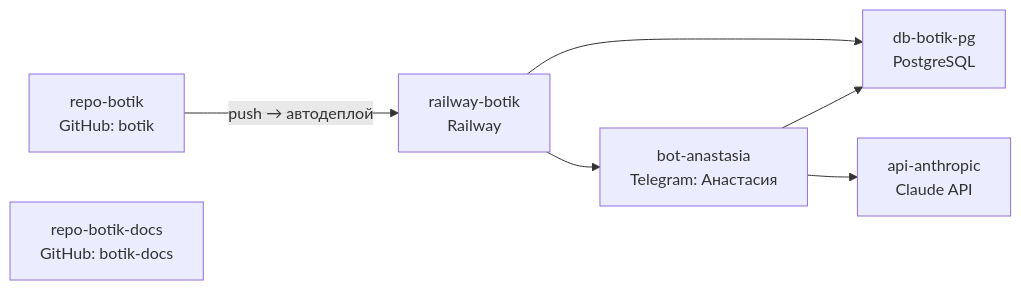
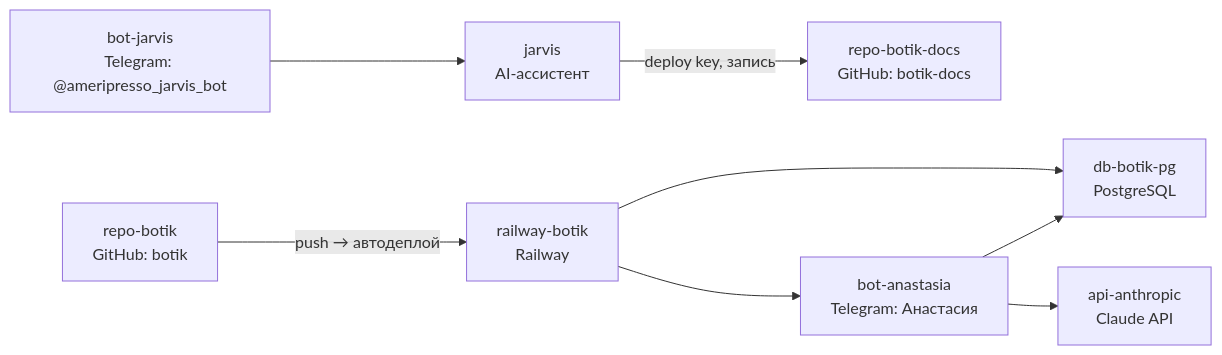
One commit to thetimour37/botik-docs changed the diagram in infra/map.md. Above: the diagram before and after it, drawn with Mermaid. The commit also changed other lines of this file and 2 other files, not shown here.

Commit message:
Добавить Jarvis (AI-ассистент) в карту инфраструктуры
Jarvis и его Telegram-интерфейс (@ameripresso_jarvis_bot) добавлены
в registry.yaml/map.md. У Jarvis есть deploy key с правом записи в
этот репозиторий — отражено в описании repo-botik-docs и усилено
правило git pull перед использованием/push в CLAUDE.md.

````diff
--- a/infra/map.md
+++ b/infra/map.md
@@ -5,15 +5,19 @@
 ```mermaid
 graph LR
   repo_botik["repo-botik<br/>GitHub: botik"]
   repo_docs["repo-botik-docs<br/>GitHub: botik-docs"]
   railway["railway-botik<br/>Railway"]
   db["db-botik-pg<br/>PostgreSQL"]
   bot["bot-anastasia<br/>Telegram: Анастасия"]
   claude["api-anthropic<br/>Claude API"]
+  jarvis["jarvis<br/>AI-ассистент"]
+  bot_jarvis["bot-jarvis<br/>Telegram: @ameripresso_jarvis_bot"]
 
   repo_botik -- "push → автодеплой" --> railway
   railway --> db
   railway --> bot
   bot --> claude
   bot --> db
+  jarvis -- "deploy key, запись" --> repo_docs
+  bot_jarvis --> jarvis
 ```
````
